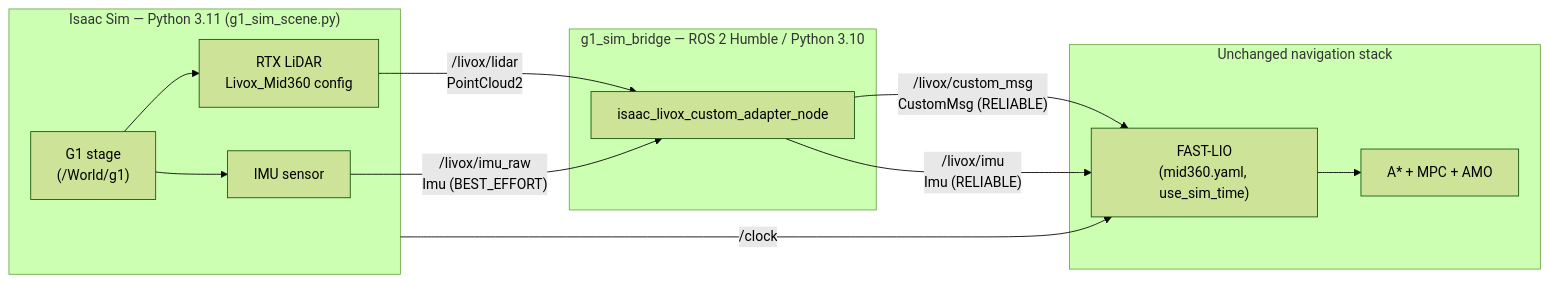
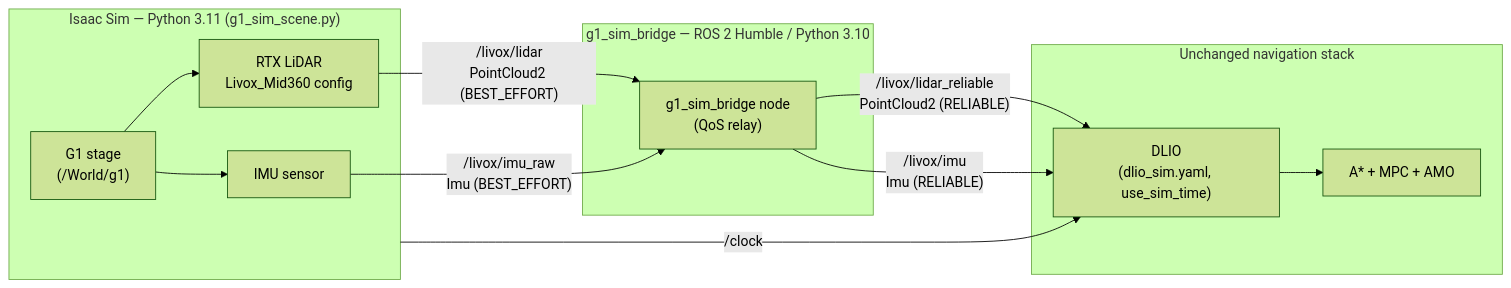
The diagram in docs/simulation_stack.md (talos-robotics-ai/Navigation), drawn with Mermaid (forest theme) before and after one commit. The commit also changed other lines of this file and 124 other files, not shown here.

````diff
--- a/docs/simulation_stack.md
+++ b/docs/simulation_stack.md
@@ -26,26 +26,26 @@
 ```mermaid
 flowchart LR
     subgraph ISAAC["Isaac Sim — Python 3.11 (g1_sim_scene.py)"]
         stage["G1 stage<br/>(/World/g1)"]
         rtx["RTX LiDAR<br/>Livox_Mid360 config"]
         imu["IMU sensor"]
         stage --> rtx
         stage --> imu
     end
 
     subgraph BRIDGE["g1_sim_bridge — ROS 2 Humble / Python 3.10"]
-        adapt["isaac_livox_custom_adapter_node"]
+        adapt["g1_sim_bridge node<br/>(QoS relay)"]
     end
 
     subgraph STACK["Unchanged navigation stack"]
-        flio["FAST-LIO<br/>(mid360.yaml, use_sim_time)"]
+        flio["DLIO<br/>(dlio_sim.yaml, use_sim_time)"]
         rest["A* + MPC + AMO"]
     end
 
-    rtx -->|"/livox/lidar<br/>PointCloud2"| adapt
+    rtx -->|"/livox/lidar<br/>PointCloud2 (BEST_EFFORT)"| adapt
     imu -->|"/livox/imu_raw<br/>Imu (BEST_EFFORT)"| adapt
-    adapt -->|"/livox/custom_msg<br/>CustomMsg (RELIABLE)"| flio
+    adapt -->|"/livox/lidar_reliable<br/>PointCloud2 (RELIABLE)"| flio
     adapt -->|"/livox/imu<br/>Imu (RELIABLE)"| flio
     flio --> rest
     ISAAC -->|"/clock"| flio
 ```
````
